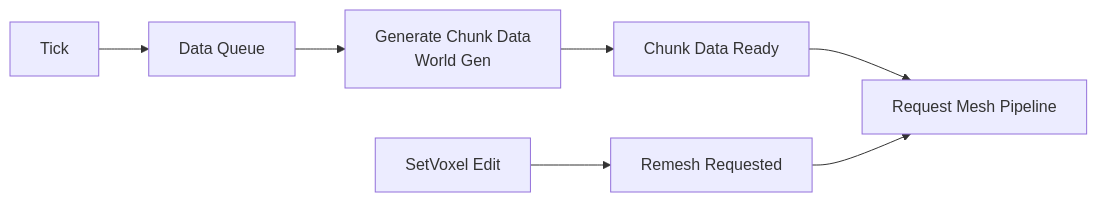
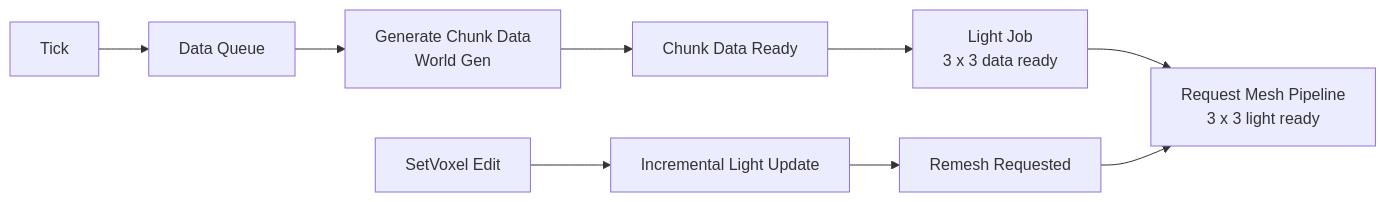
The diagram in Assets/Engine/Docs/ChunkPipeline.md (anilas5235/Infinitile), drawn with Mermaid before and after one commit. The commit also changed other lines of this file and 91 other files, not shown here.

````diff
--- a/Assets/Engine/Docs/ChunkPipeline.md
+++ b/Assets/Engine/Docs/ChunkPipeline.md
@@ -3,11 +3,15 @@
 ```mermaid
 flowchart LR
     A[Tick] --> B[Data Queue]
     B --> C[Generate Chunk Data
     World Gen]
     C --> D[Chunk Data Ready]
-    D --> E[Request Mesh Pipeline]
+    D --> L[Light Job
+    3 x 3 data ready]
+    L --> E[Request Mesh Pipeline
+    3 x 3 light ready]
 
-    X[SetVoxel Edit] --> Y[Remesh Requested]
+    X[SetVoxel Edit] --> Z[Incremental Light Update]
+    Z --> Y[Remesh Requested]
     Y --> E
 ```
````
